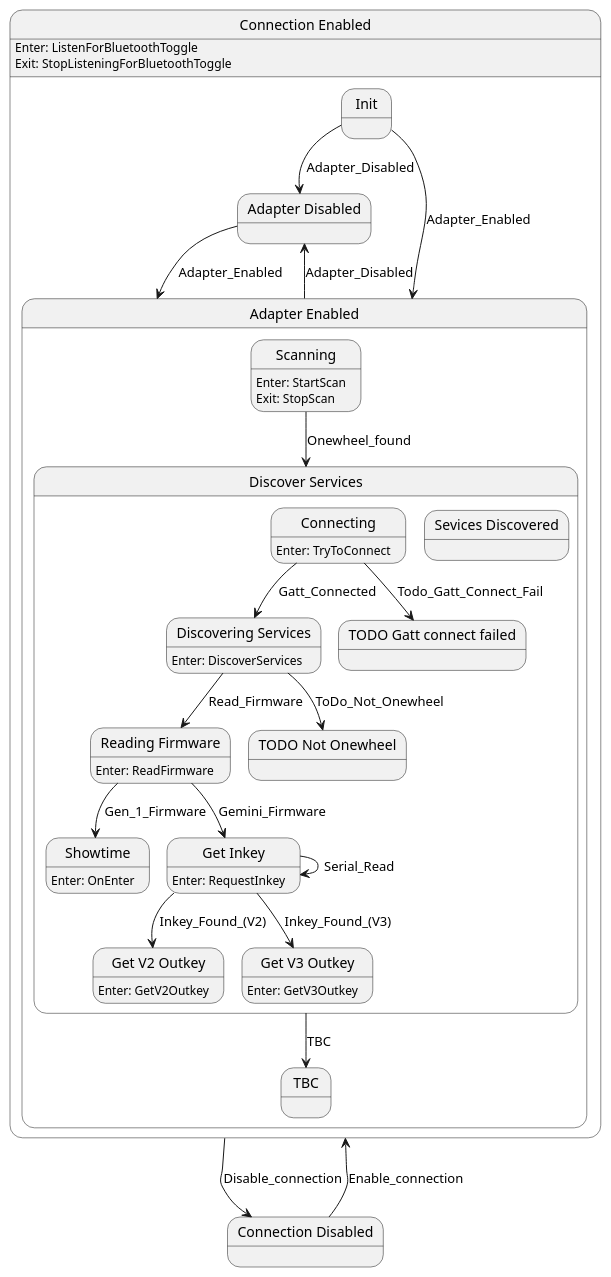
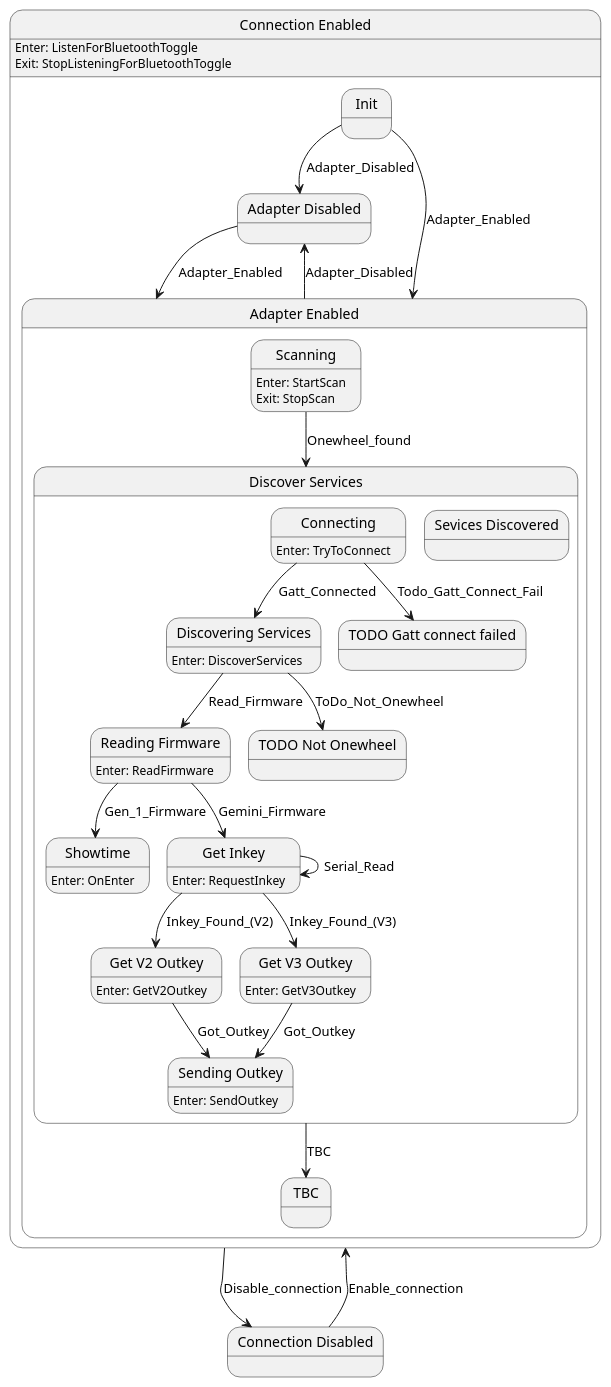
One commit to tekkies/android-ponewheel changed the diagram in doc/ponewheel-state.plantuml. Above: the diagram before and after it, drawn with PlantUML. The commit also changed 4 other files, not shown here.

Commit message:
Create SendingOutkeyState

```diff
--- a/doc/ponewheel-state.plantuml
+++ b/doc/ponewheel-state.plantuml
@@ -1,65 +1,70 @@
 @startuml
 state "Connection Enabled" as Connection_Enabled  {
     state "Adapter Disabled" as Adapter_Disabled  {
     }
     state "Adapter Enabled" as Adapter_Enabled  {
         state "Discover Services" as Discover_Services  {
             state "Discovering Services" as Discovering_Services  {
 Discovering_Services : Enter: DiscoverServices
             }
             state "Sevices Discovered" as Sevices_Discovered  {
             }
             state "Reading Firmware" as Reading_Firmware  {
 Reading_Firmware : Enter: ReadFirmware
             }
             state "Showtime" as Showtime  {
 Showtime : Enter: OnEnter
             }
             state "Get Inkey" as Get_Inkey  {
 Get_Inkey : Enter: RequestInkey
             }
             state "Get V2 Outkey" as Get_V2_Outkey  {
 Get_V2_Outkey : Enter: GetV2Outkey
             }
             state "Get V3 Outkey" as Get_V3_Outkey  {
 Get_V3_Outkey : Enter: GetV3Outkey
+            }
+            state "Sending Outkey" as Sending_Outkey  {
+Sending_Outkey : Enter: SendOutkey
             }
             state "TODO Gatt connect failed" as TODO_Gatt_connect_failed  {
             }
             state "TODO Not Onewheel" as TODO_Not_Onewheel  {
             }
             state "Connecting" as Connecting  {
 Connecting : Enter: TryToConnect
             }
         }
         state "TBC" as TBC  {
         }
         state "Scanning" as Scanning  {
 Scanning : Enter: StartScan\nExit: StopScan
         }
     }
     state "Init" as Init  {
     }
 Connection_Enabled : Enter: ListenForBluetoothToggle\nExit: StopListeningForBluetoothToggle
 }
 state "Connection Disabled" as Connection_Disabled  {
 }
 Adapter_Disabled --> Adapter_Enabled : Adapter_Enabled
 Discovering_Services --> TODO_Not_Onewheel : ToDo_Not_Onewheel
 Discovering_Services --> Reading_Firmware : Read_Firmware
 Reading_Firmware --> Showtime : Gen_1_Firmware
 Reading_Firmware --> Get_Inkey : Gemini_Firmware
 Get_Inkey --> Get_Inkey : Serial_Read
 Get_Inkey --> Get_V2_Outkey : Inkey_Found_(V2)
 Get_Inkey --> Get_V3_Outkey : Inkey_Found_(V3)
+Get_V2_Outkey --> Sending_Outkey : Got_Outkey
+Get_V3_Outkey --> Sending_Outkey : Got_Outkey
 Connecting --> Discovering_Services : Gatt_Connected
 Connecting --> TODO_Gatt_connect_failed : Todo_Gatt_Connect_Fail
 Discover_Services --> TBC : TBC
 Scanning --> Discover_Services : Onewheel_found
 Adapter_Enabled --> Adapter_Disabled : Adapter_Disabled
 Init --> Adapter_Enabled : Adapter_Enabled
 Init --> Adapter_Disabled : Adapter_Disabled
 Connection_Enabled --> Connection_Disabled : Disable_connection
 Connection_Disabled --> Connection_Enabled : Enable_connection
  
 @enduml
```
